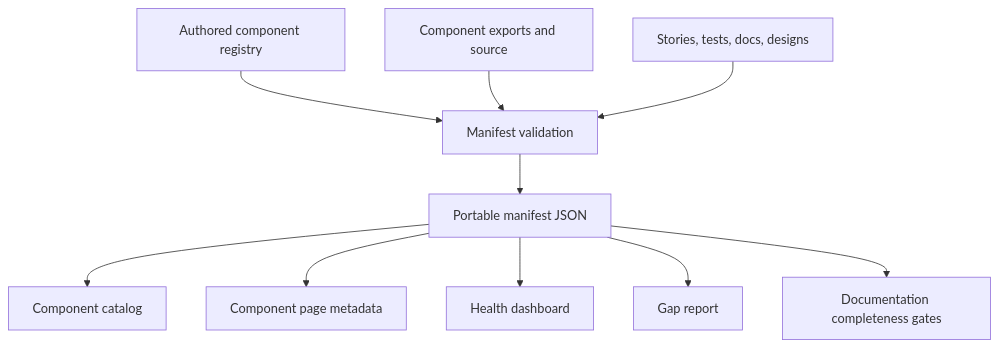
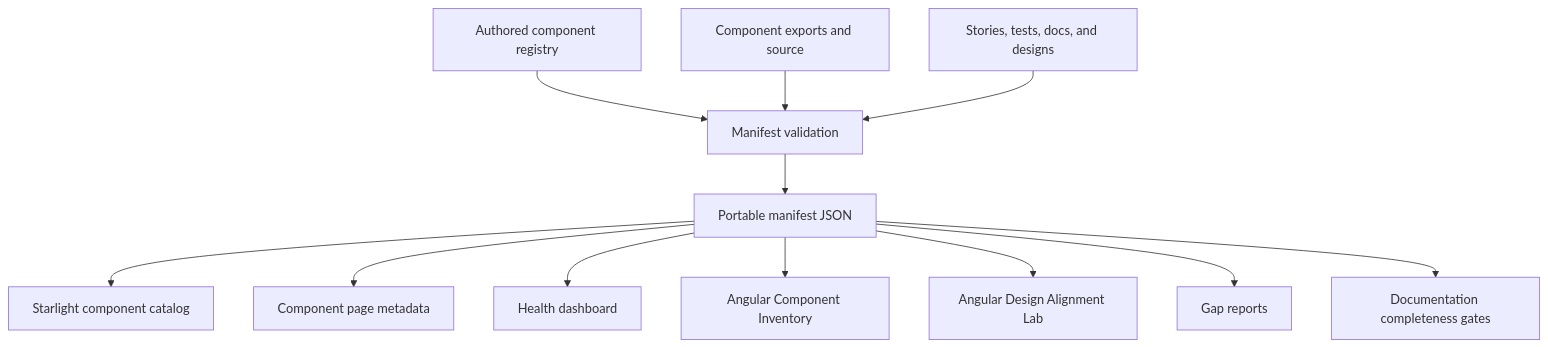
Before and after one commit to JeffreySanford/public-sector-federation: the fourth of 6 diagrams in docs/documentation-upgrade/04-target-technical-architecture.md, drawn with Mermaid. The commit also changed other lines of this file, not shown here.

Commit message:
docs: align technical architecture with apps/starlight

````diff
--- a/docs/documentation-upgrade/04-target-technical-architecture.md
+++ b/docs/documentation-upgrade/04-target-technical-architecture.md
@@ -186,12 +255,14 @@
 ```mermaid
 flowchart TD
   Registry[Authored component registry] --> Validate[Manifest validation]
   Source[Component exports and source] --> Validate
-  Evidence[Stories, tests, docs, designs] --> Validate
+  Evidence[Stories, tests, docs, and designs] --> Validate
   Validate --> Portable[Portable manifest JSON]
-  Portable --> Catalog[Component catalog]
+  Portable --> Catalog[Starlight component catalog]
   Portable --> Detail[Component page metadata]
   Portable --> Health[Health dashboard]
-  Portable --> Gaps[Gap report]
+  Portable --> Inventory[Angular Component Inventory]
+  Portable --> Alignment[Angular Design Alignment Lab]
+  Portable --> Gaps[Gap reports]
   Portable --> CI[Documentation completeness gates]
 ```
````
